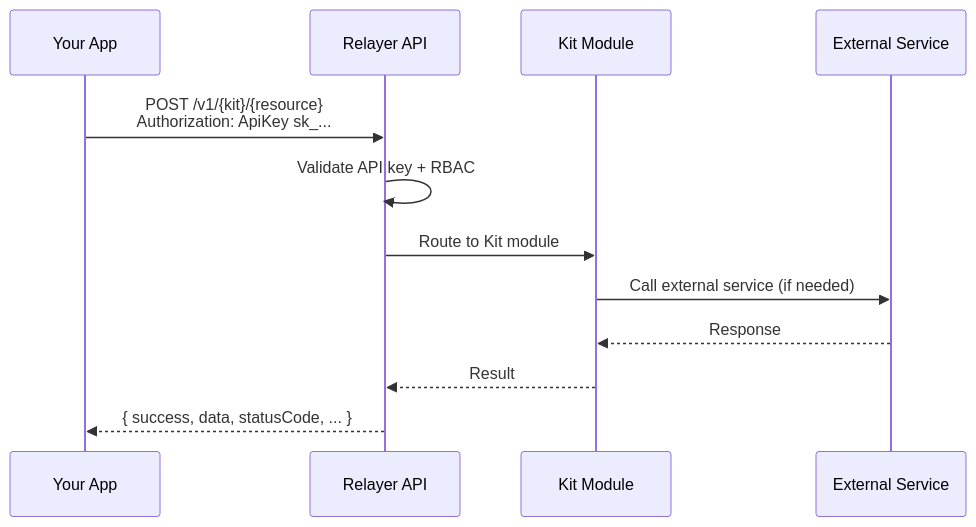
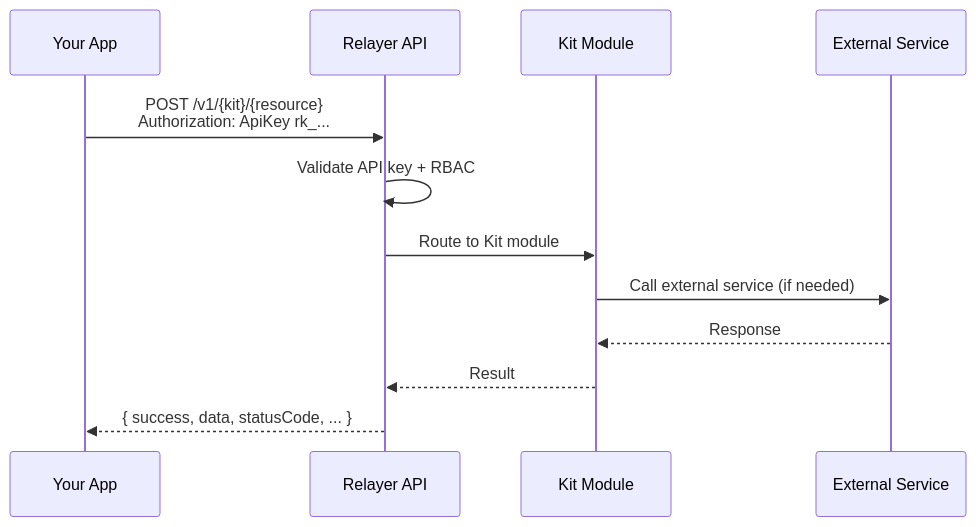
One commit to SherryLabs/docs changed the second of 2 diagrams in shared/architecture.mdx. Above: the diagram before and after it, drawn with Mermaid. The commit also changed other lines of this file and 14 other files, not shown here.

````diff
--- a/shared/architecture.mdx
+++ b/shared/architecture.mdx
@@ -62,15 +62,15 @@
 ```mermaid
 sequenceDiagram
     participant App as Your App
     participant API as Relayer API
     participant Kit as Kit Module
     participant Infra as External Service
 
-    App->>API: POST /v1/{kit}/{resource}<br/>Authorization: ApiKey sk_...
+    App->>API: POST /v1/{kit}/{resource}<br/>Authorization: ApiKey rk_...
     API->>API: Validate API key + RBAC
     API->>Kit: Route to Kit module
     Kit->>Infra: Call external service (if needed)
     Infra-->>Kit: Response
     Kit-->>API: Result
     API-->>App: { success, data, statusCode, ... }
 ```
````
